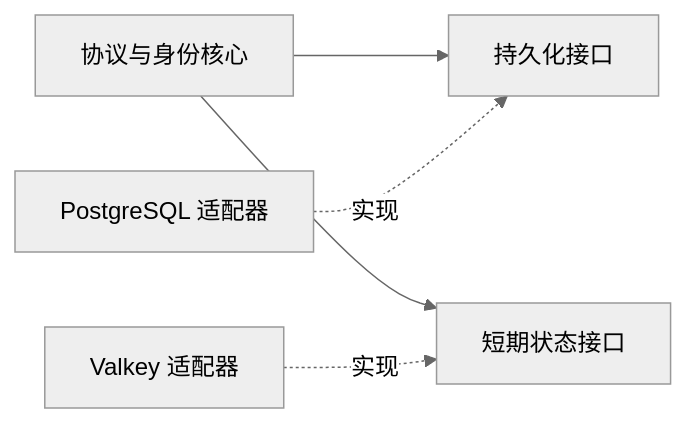
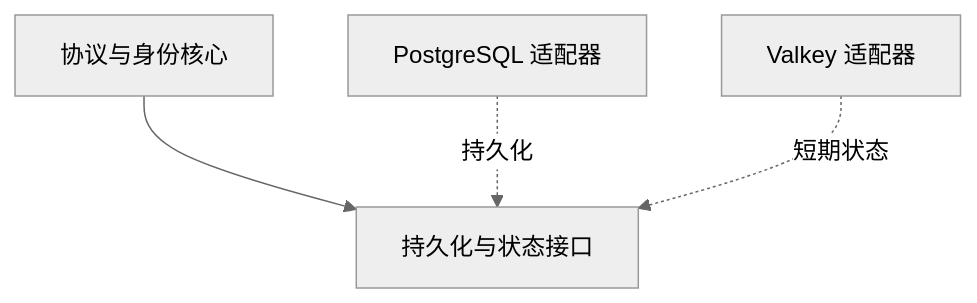
Before and after one commit to bymoye/oauth2: the diagram in README.zh-CN.md, drawn with Mermaid (neutral theme). The commit also changed 1 other file, not shown here.

Commit message:
docs: clarify storage dependency diagram

```diff
--- a/README.zh-CN.md
+++ b/README.zh-CN.md
@@ -131,7 +131,6 @@
 ~~~mermaid
-flowchart LR
-    Core["协议与身份核心"] --> Persistence["持久化接口"]
-    Core --> State["短期状态接口"]
-    PG["PostgreSQL 适配器"] -. 实现 .-> Persistence
-    VK["Valkey 适配器"] -. 实现 .-> State
+flowchart TB
+    Core["协议与身份核心"] --> Ports["持久化与状态接口"]
+    PG["PostgreSQL 适配器"] -. 持久化 .-> Ports
+    VK["Valkey 适配器"] -. 短期状态 .-> Ports
 ~~~
```
